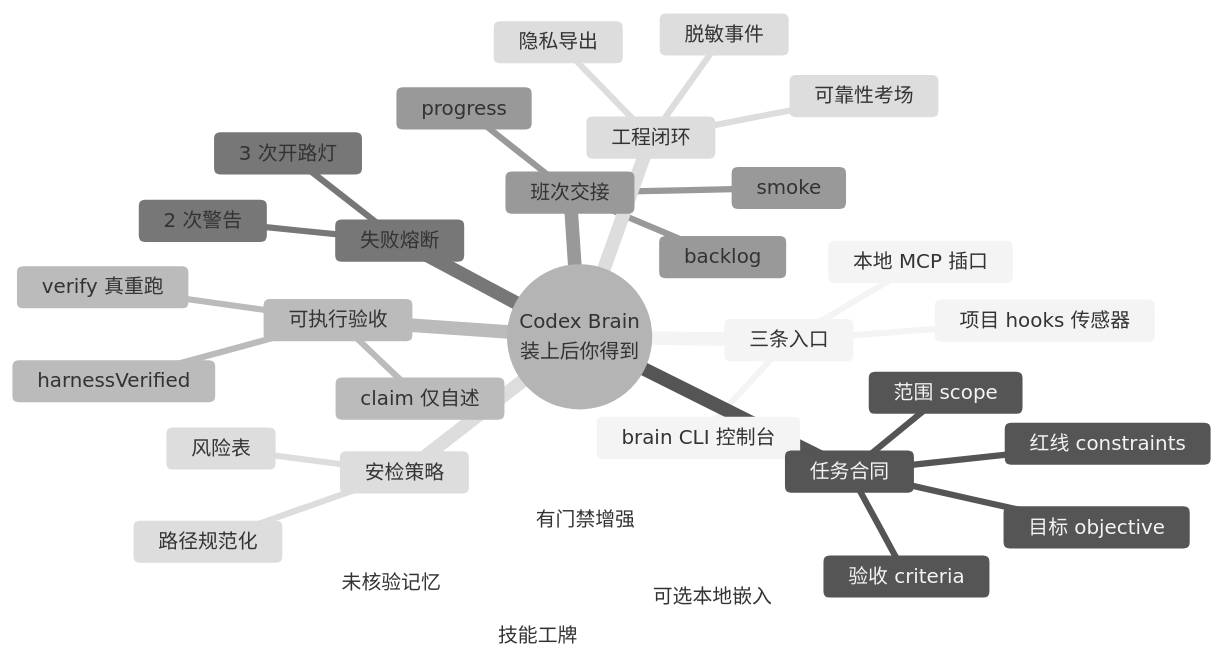
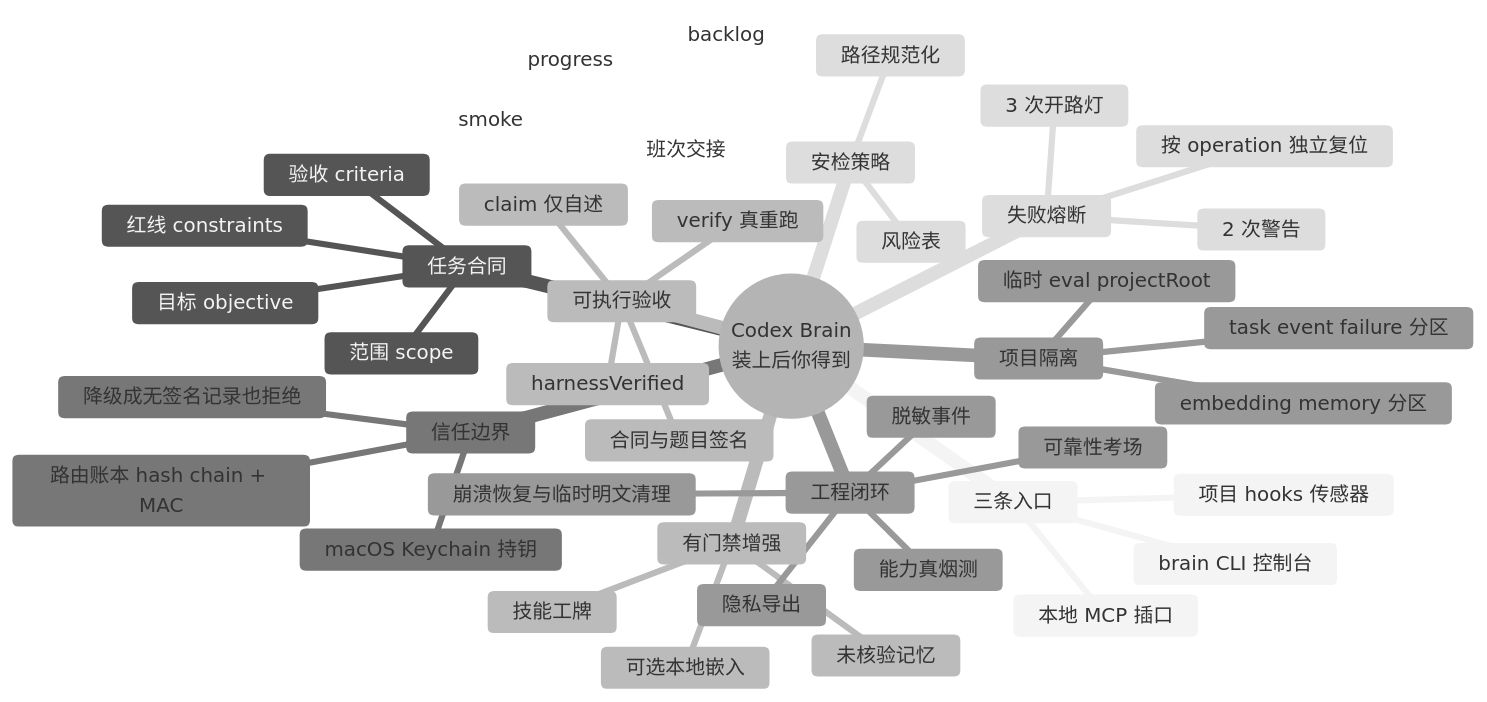
Before and after one commit to liuanye9-lab/codex-os-brain: the second of 30 diagrams in README.md, drawn with Mermaid (neutral theme). The commit also changed other lines of this file, not shown here.

````diff
--- a/README.md
+++ b/README.md
@@ -90,35 +84,47 @@
 ```mermaid
 mindmap
   root((Codex Brain<br/>装上后你得到))
     三条入口
       项目 hooks 传感器
       brain CLI 控制台
       本地 MCP 插口
     任务合同
       目标 objective
       红线 constraints
       范围 scope
       验收 criteria
     可执行验收
       claim 仅自述
       verify 真重跑
       harnessVerified
+      合同与题目签名
+    信任边界
+      macOS Keychain 持钥
+      路由账本 hash chain + MAC
+      降级成无签名记录也拒绝
+    项目隔离
+      task event failure 分区
+      embedding memory 分区
+      临时 eval projectRoot
     失败熔断
       2 次警告
       3 次开路灯
+      按 operation 独立复位
     班次交接
       backlog
       progress
       smoke
     安检策略
       路径规范化
       风险表
     有门禁增强
       技能工牌
       未核验记忆
       可选本地嵌入
     工程闭环
       脱敏事件
       可靠性考场
       隐私导出
+      能力真烟测
+      崩溃恢复与临时明文清理
 ```
````
